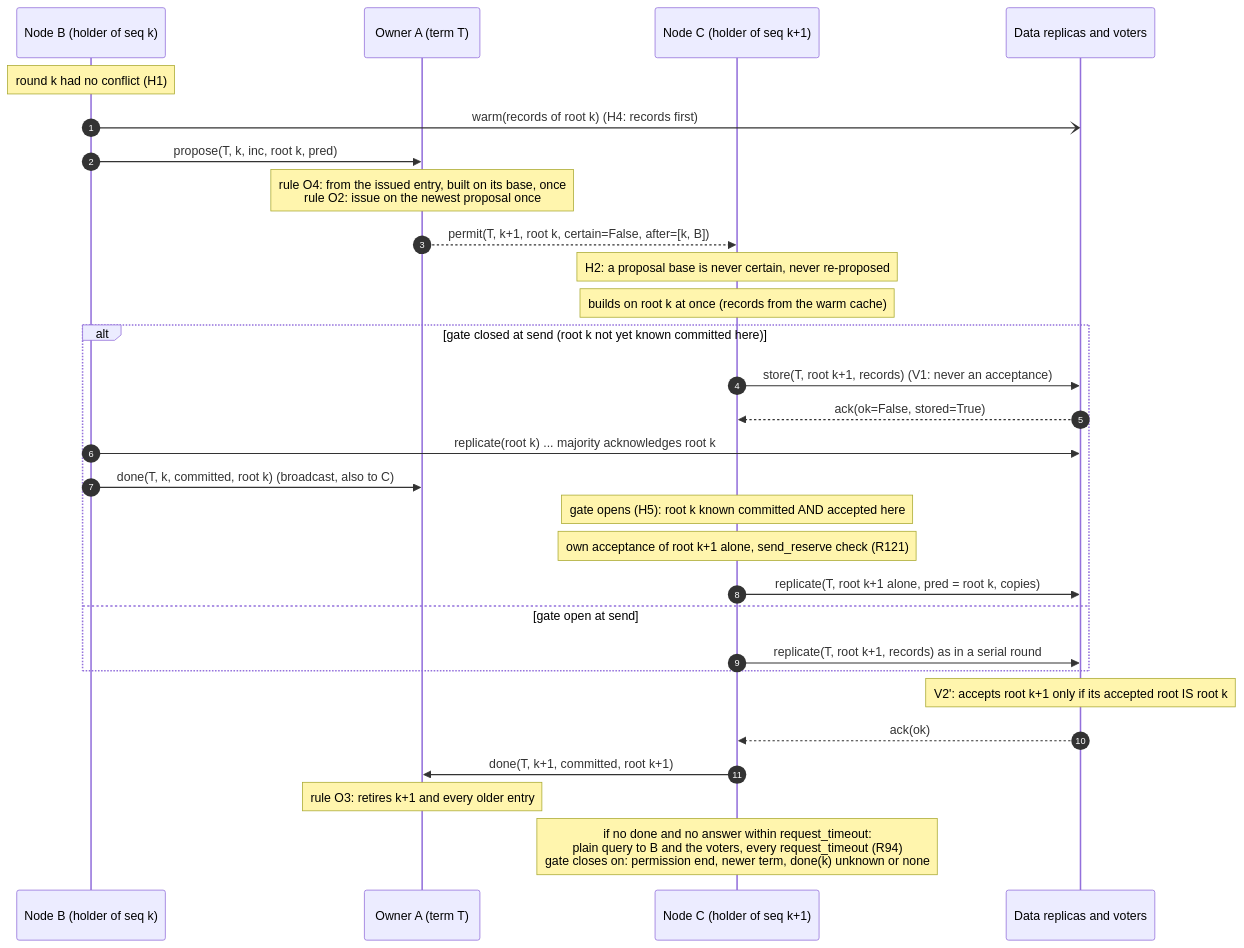
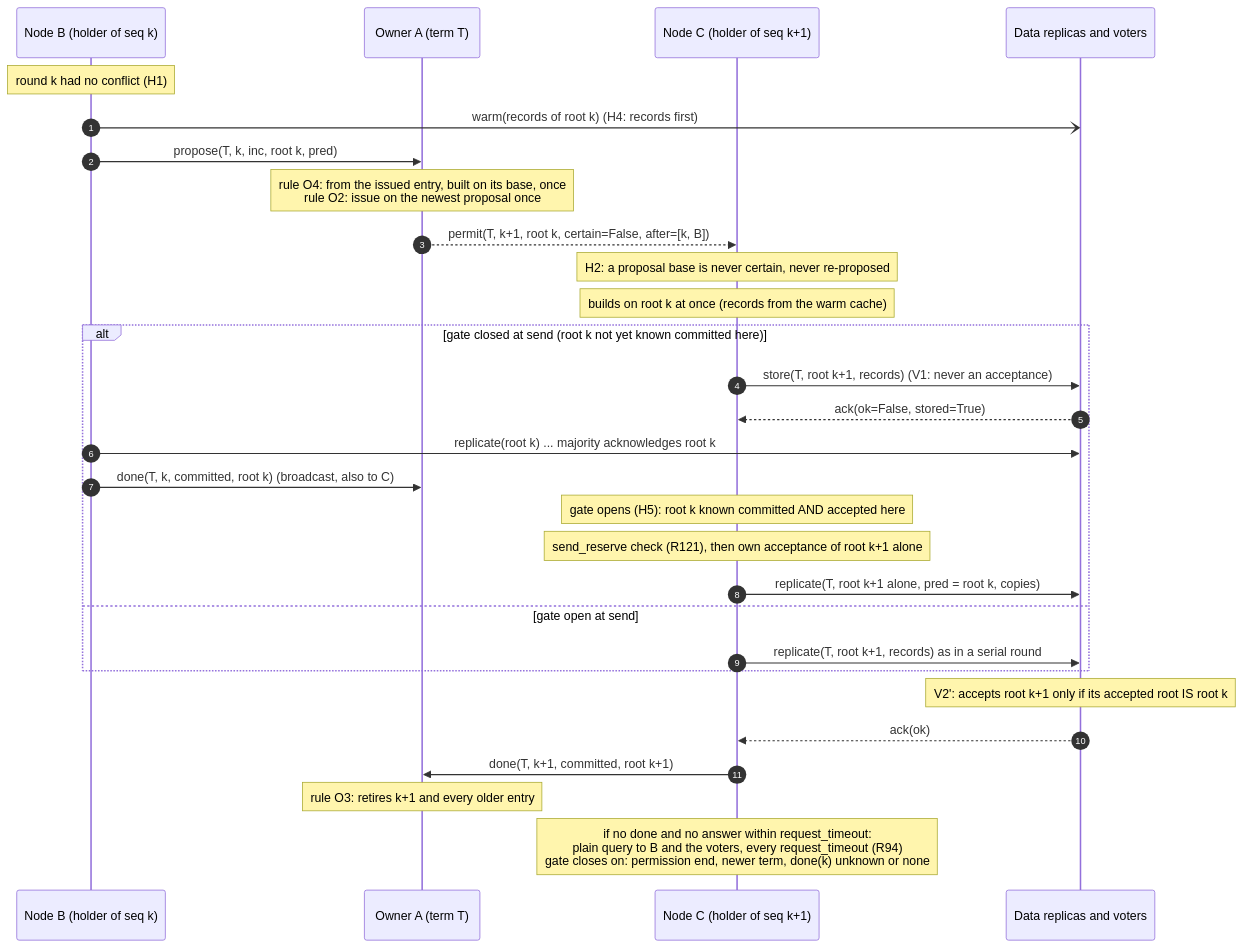
One commit to gamarino/ProtoDB changed the diagram in docs/source/coordinator-protocol/seq-pipeline.mmd. Above: the diagram before and after it, drawn with Mermaid. The commit also changed 12 other files, not shown here.

```diff
--- a/docs/source/coordinator-protocol/seq-pipeline.mmd
+++ b/docs/source/coordinator-protocol/seq-pipeline.mmd
@@ -1,30 +1,30 @@
 %% Pipelined permits (D55, DEPTH = 1): the next holder builds on a proposal; the gate guards what voters may accept.
 sequenceDiagram
     autonumber
     participant B as Node B (holder of seq k)
     participant O as Owner A (term T)
     participant C as Node C (holder of seq k+1)
     participant V as Data replicas and voters
     Note over B: round k had no conflict (H1)
     B-)V: warm(records of root k) (H4: records first)
     B->>O: propose(T, k, inc, root k, pred)
     Note over O: rule O4: from the issued entry, built on its base, once<br/>rule O2: issue on the newest proposal once
     O-->>C: permit(T, k+1, root k, certain=False, after=[k, B])
     Note over C: H2: a proposal base is never certain, never re-proposed
     Note over C: builds on root k at once (records from the warm cache)
     alt gate closed at send (root k not yet known committed here)
         C->>V: store(T, root k+1, records) (V1: never an acceptance)
         V-->>C: ack(ok=False, stored=True)
         B->>V: replicate(root k) ... majority acknowledges root k
         B->>O: done(T, k, committed, root k) (broadcast, also to C)
         Note over C: gate opens (H5): root k known committed AND accepted here
-        Note over C: own acceptance of root k+1 alone, send_reserve check (R121)
+        Note over C: send_reserve check (R121), then own acceptance of root k+1 alone
         C->>V: replicate(T, root k+1 alone, pred = root k, copies)
     else gate open at send
         C->>V: replicate(T, root k+1, records) as in a serial round
     end
     Note over V: V2': accepts root k+1 only if its accepted root IS root k
     V-->>C: ack(ok)
     C->>O: done(T, k+1, committed, root k+1)
     Note over O: rule O3: retires k+1 and every older entry
     Note over C: if no done and no answer within request_timeout:<br/>plain query to B and the voters, every request_timeout (R94)<br/>gate closes on: permission end, newer term, done(k) unknown or none
```
